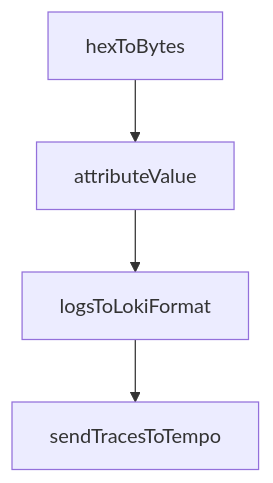
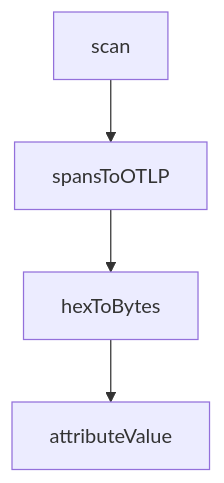
Before and after one commit to johnxie/awesome-code-docs: the diagram in tutorials/codemachine-cli-tutorial/02-orchestration-architecture.md, drawn with Mermaid. The commit also changed other lines of this file and 1232 other files, not shown here.

````diff
--- a/tutorials/codemachine-cli-tutorial/02-orchestration-architecture.md
+++ b/tutorials/codemachine-cli-tutorial/02-orchestration-architecture.md
@@ -202,10 +200,10 @@
 ```mermaid
 flowchart TD
-    A[hexToBytes]
-    B[attributeValue]
-    C[logsToLokiFormat]
-    D[sendTracesToTempo]
+    A[scan]
+    B[spansToOTLP]
+    C[hexToBytes]
+    D[attributeValue]
     A --> B
     B --> C
     C --> D
 ```
````
